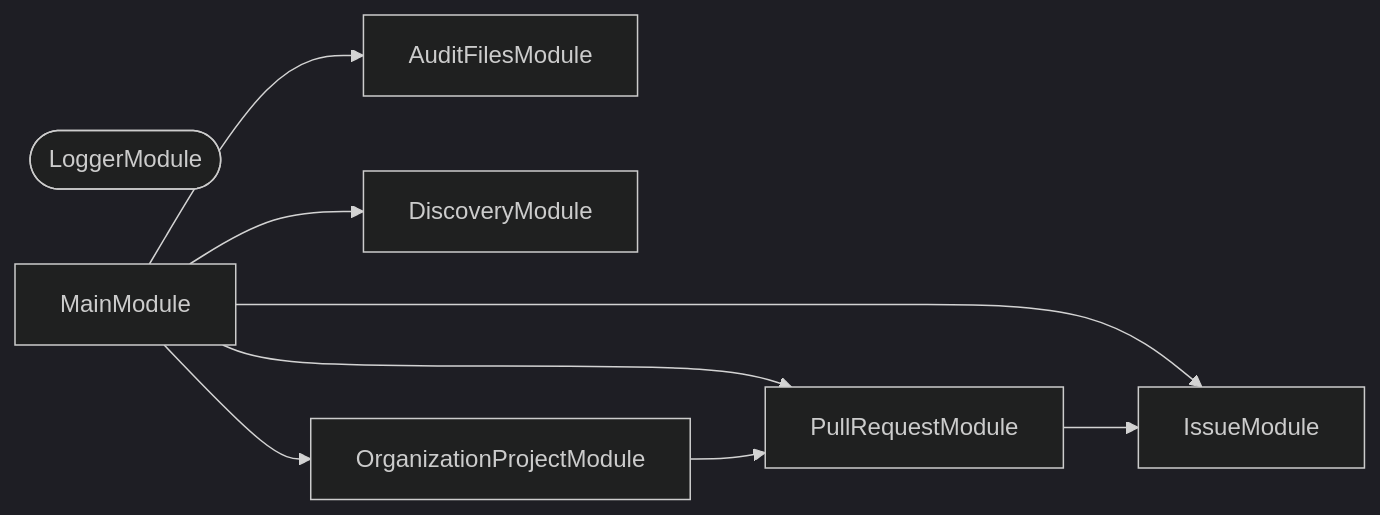
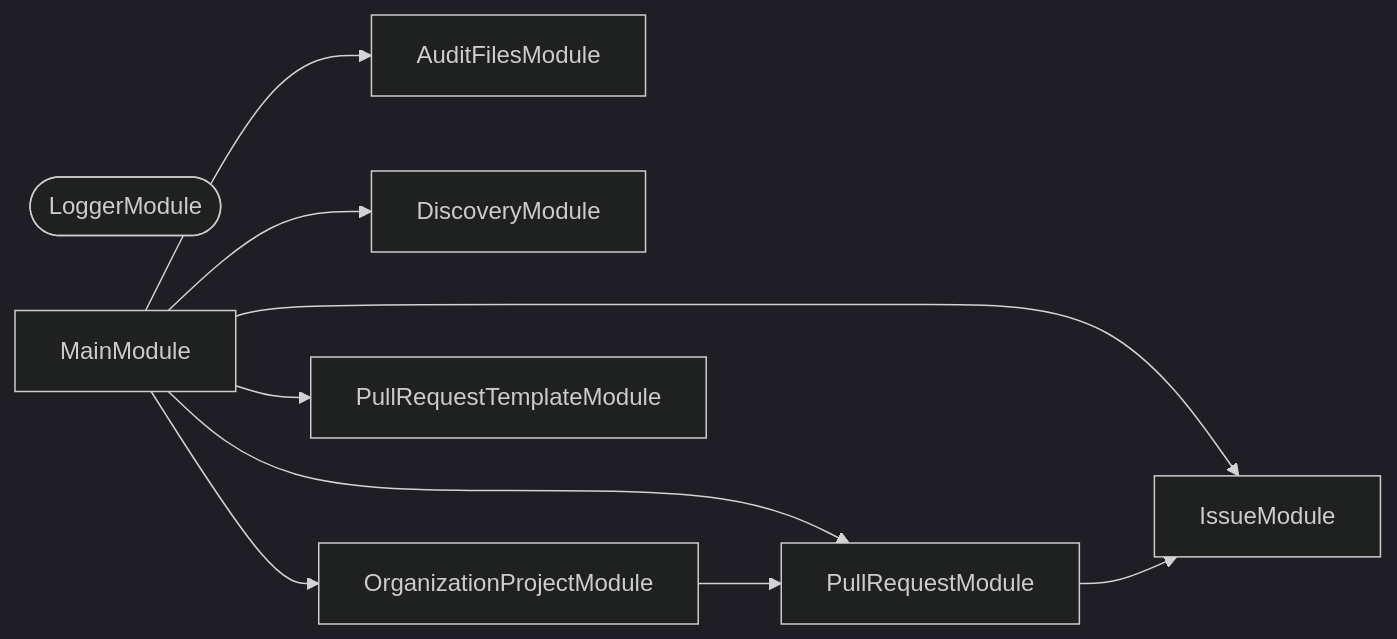
Before and after one commit to organizzolini/codebase: the second of 3 diagrams in compliance/documentation/codependix.md, drawn with Mermaid (dark theme). The commit also changed other lines of this file and 20 other files, not shown here.

First line of the commit message:
refactor(compliance): ♻️ move pull-request-template into compliance

````diff
--- a/compliance/documentation/codependix.md
+++ b/compliance/documentation/codependix.md
@@ -25,17 +25,19 @@
 ```mermaid
 flowchart LR
   AuditFilesModule
   DiscoveryModule
   IssueModule
   LoggerModule([LoggerModule])
   MainModule
   OrganizationProjectModule
   PullRequestModule
+  PullRequestTemplateModule
   MainModule --> AuditFilesModule
   MainModule --> DiscoveryModule
   MainModule --> IssueModule
   MainModule --> OrganizationProjectModule
   MainModule --> PullRequestModule
+  MainModule --> PullRequestTemplateModule
   OrganizationProjectModule --> PullRequestModule
   PullRequestModule --> IssueModule
 ```
````
